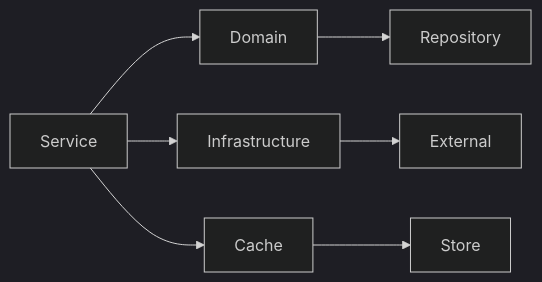
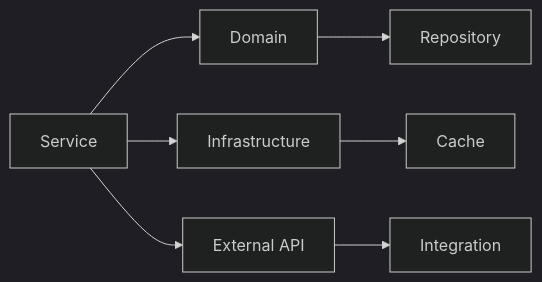
Before and after one commit to tonglam/letletme_data: the ninth of 11 diagrams in documentation/design/Service_Layer_Design.md, drawn with Mermaid (dark theme). The commit also changed other lines of this file and 15 other files, not shown here.

````diff
--- a/documentation/design/Service_Layer_Design.md
+++ b/documentation/design/Service_Layer_Design.md
@@ -195,10 +242,10 @@
 ```mermaid
 graph LR
     A[Service] --> B[Domain]
     A --> C[Infrastructure]
-    A --> D[Cache]
+    A --> D[External API]
 
     B --> E[Repository]
-    C --> F[External]
-    D --> G[Store]
+    C --> F[Cache]
+    D --> G[Integration]
 ```
````
